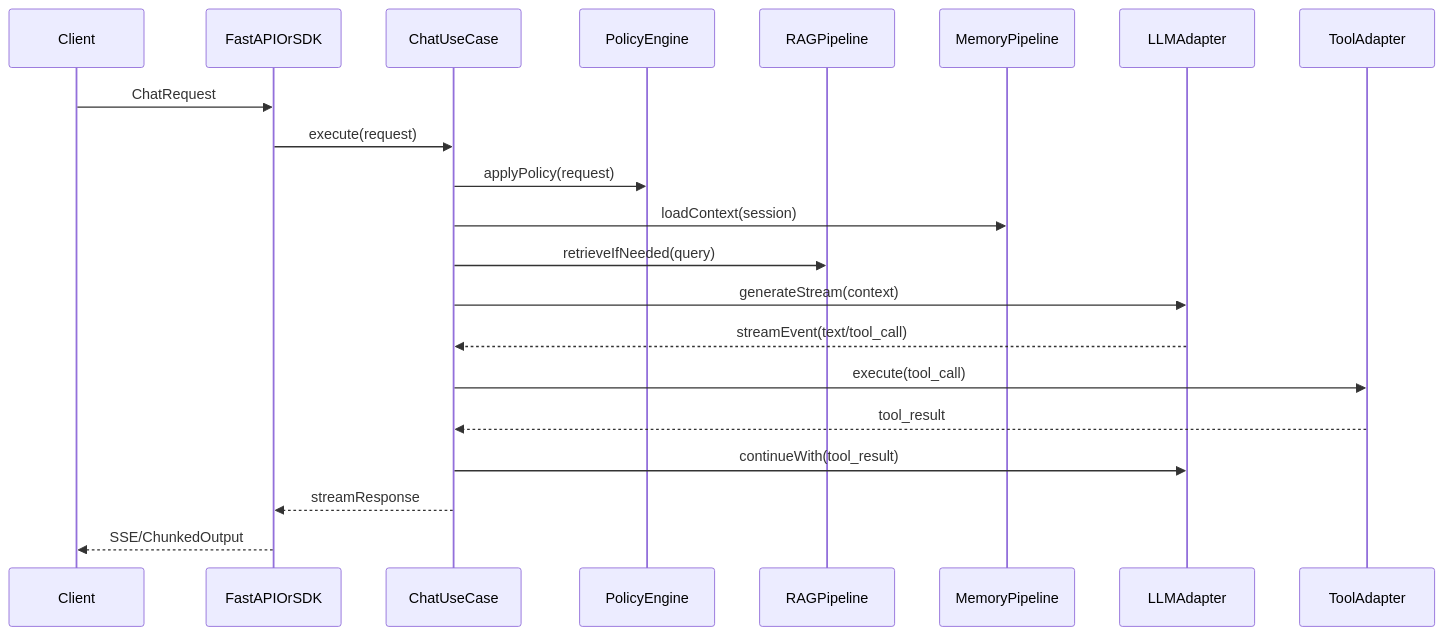
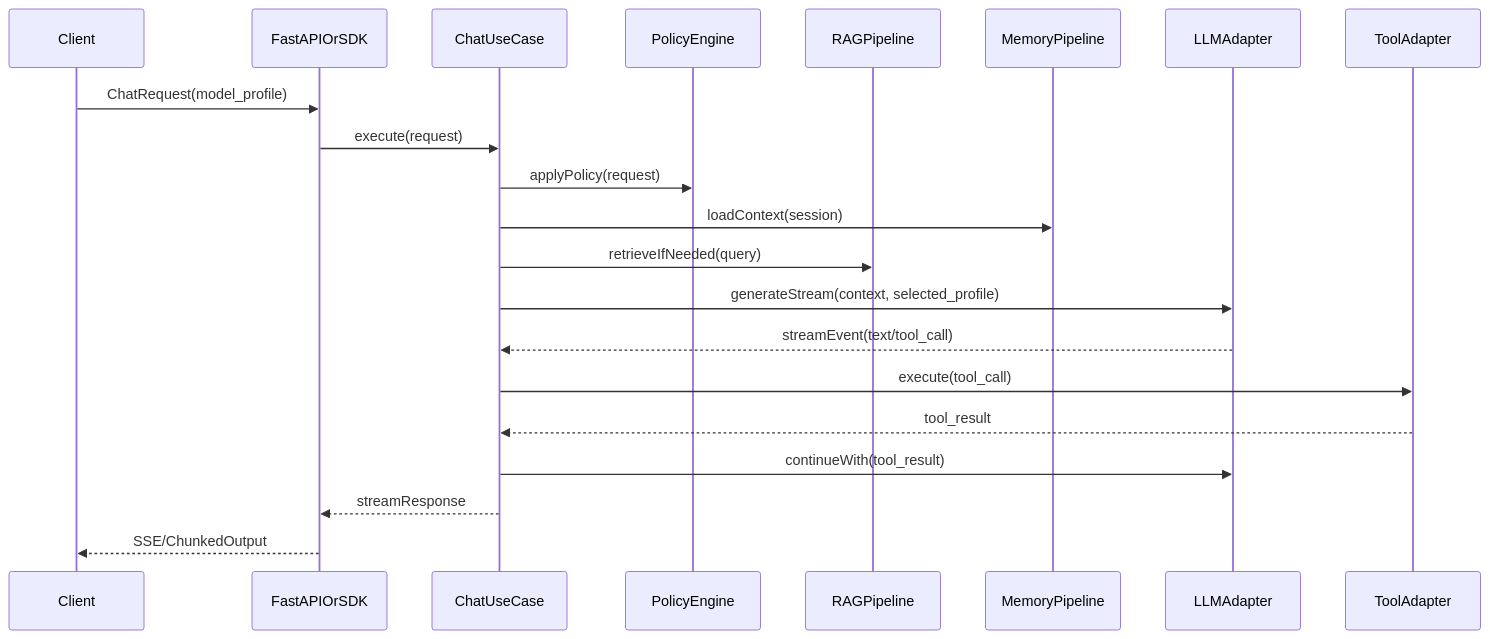
Before and after one commit to ayxworxfr/AstraCoreAI: the second of 2 diagrams in docs/AstraCoreAI设计文档.md, drawn with Mermaid. The commit also changed other lines of this file and 58 other files, not shown here.

````diff
--- a/docs/AstraCoreAI设计文档.md
+++ b/docs/AstraCoreAI设计文档.md
@@ -214,24 +222,24 @@
 ```mermaid
 sequenceDiagram
     participant C as Client
     participant API as FastAPIOrSDK
     participant APP as ChatUseCase
     participant POL as PolicyEngine
     participant RAG as RAGPipeline
     participant MEM as MemoryPipeline
     participant LLM as LLMAdapter
     participant TOOL as ToolAdapter
 
-    C->>API: ChatRequest
+    C->>API: ChatRequest(model_profile)
     API->>APP: execute(request)
     APP->>POL: applyPolicy(request)
     APP->>MEM: loadContext(session)
     APP->>RAG: retrieveIfNeeded(query)
-    APP->>LLM: generateStream(context)
+    APP->>LLM: generateStream(context, selected_profile)
     LLM-->>APP: streamEvent(text/tool_call)
     APP->>TOOL: execute(tool_call)
     TOOL-->>APP: tool_result
     APP->>LLM: continueWith(tool_result)
     APP-->>API: streamResponse
     API-->>C: SSE/ChunkedOutput
 ```
````
